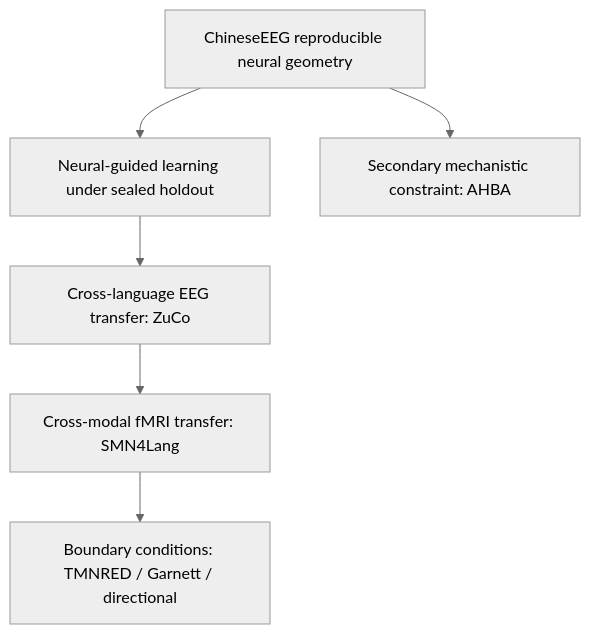
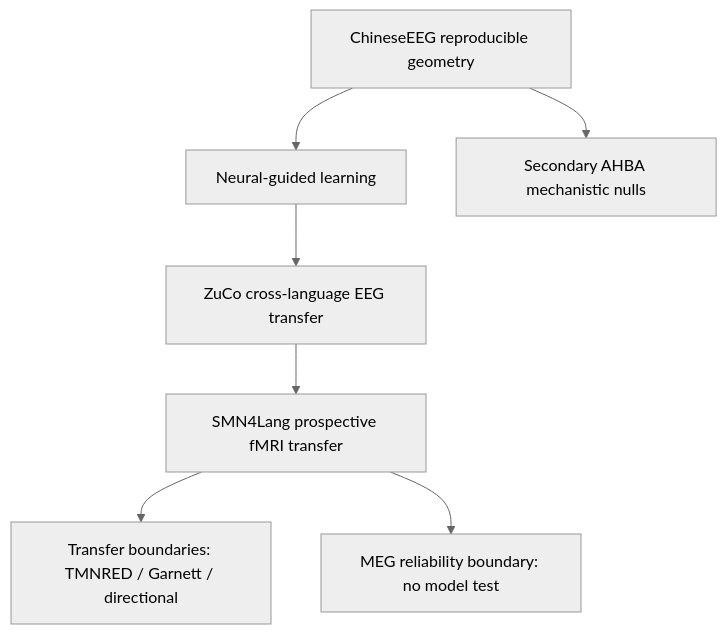
One commit to vafaei-ar/NeuroSem changed the diagram in docs/5_CURRENT_ROADMAP.md. Above: the diagram before and after it, drawn with Mermaid (neutral theme). The commit also changed other lines of this file, not shown here.

Commit message:
Close MEG branch and update manuscript roadmap

````diff
--- a/docs/5_CURRENT_ROADMAP.md
+++ b/docs/5_CURRENT_ROADMAP.md
@@ -29,8 +26,9 @@
 ```mermaid
 flowchart TD
-    A[ChineseEEG reproducible neural geometry] --> B[Neural-guided learning under sealed holdout]
-    B --> C[Cross-language EEG transfer: ZuCo]
-    C --> D[Cross-modal fMRI transfer: SMN4Lang]
-    D --> E[Boundary conditions: TMNRED / Garnett / directional]
-    A --> F[Secondary mechanistic constraint: AHBA]
+    A[ChineseEEG reproducible geometry] --> B[Neural-guided learning]
+    B --> C[ZuCo cross-language EEG transfer]
+    C --> D[SMN4Lang prospective fMRI transfer]
+    D --> E[Transfer boundaries: TMNRED / Garnett / directional]
+    D --> F[MEG reliability boundary: no model test]
+    A --> G[Secondary AHBA mechanistic nulls]
 ```
````
